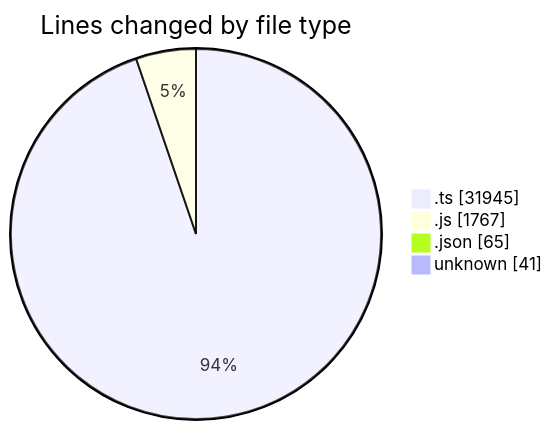
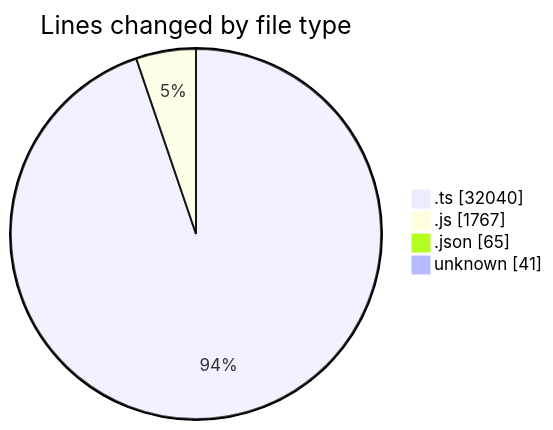
One commit to momahboobian/code-tracking changed the first of 2 diagrams in 2025-07-31/cda/README.md. Above: the diagram before and after it, drawn with Mermaid. The commit also changed other lines of this file and 1 other file, not shown here.

````diff
--- a/2025-07-31/cda/README.md
+++ b/2025-07-31/cda/README.md
@@ -27,8 +28,8 @@
 ```mermaid
 pie showData
 title Lines changed by file type
-".ts" : 31945
+".ts" : 32040
 ".js" : 1767
 ".json" : 65
 "unknown" : 41
 ```
````
